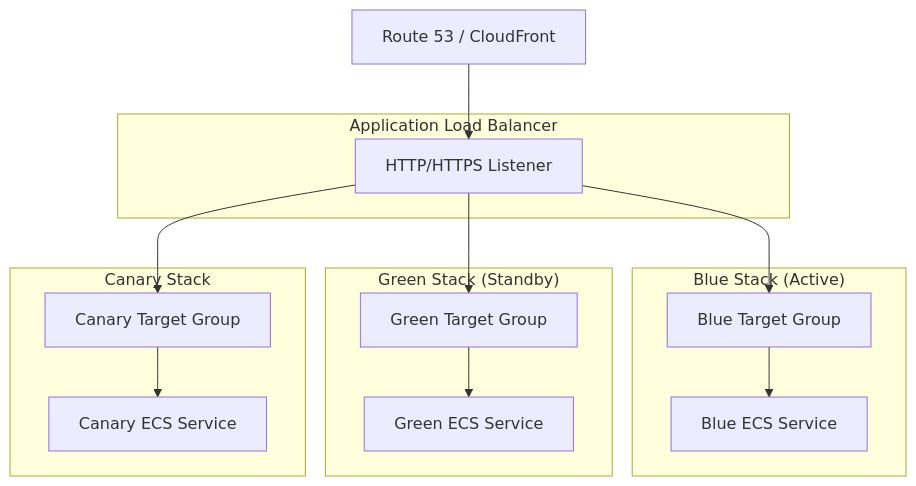
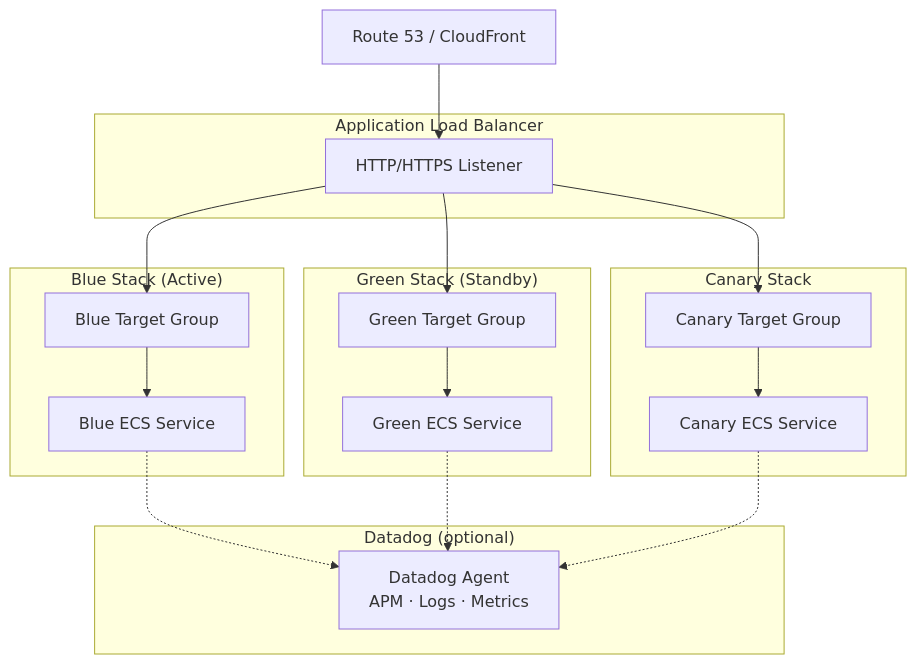
The third of 4 diagrams in docs/DEPLOYMENT.md (hoangsonww/PetSwipe-Match-App), drawn with Mermaid before and after one commit. The commit also changed other lines of this file and 22 other files, not shown here.

Commit message:
feat(datadog): integrate Datadog observability with APM, logging, and monitoring configurations

````diff
--- a/docs/DEPLOYMENT.md
+++ b/docs/DEPLOYMENT.md
@@ -131,32 +132,40 @@
 ```mermaid
 flowchart TB
     Edge["Route 53 / CloudFront"]
 
     subgraph ALB["Application Load Balancer"]
         Listener["HTTP/HTTPS Listener"]
     end
 
     subgraph Blue["Blue Stack (Active)"]
         BlueTG["Blue Target Group"]
         BlueECS["Blue ECS Service"]
     end
 
     subgraph Green["Green Stack (Standby)"]
         GreenTG["Green Target Group"]
         GreenECS["Green ECS Service"]
     end
 
     subgraph Canary["Canary Stack"]
         CanaryTG["Canary Target Group"]
         CanaryECS["Canary ECS Service"]
     end
 
+    subgraph Observability["Datadog (optional)"]
+        DDAgent["Datadog Agent<br/>APM · Logs · Metrics"]
+    end
+
     Edge --> Listener
     Listener --> BlueTG
     Listener --> GreenTG
     Listener --> CanaryTG
 
     BlueTG --> BlueECS
     GreenTG --> GreenECS
     CanaryTG --> CanaryECS
+
+    BlueECS -.-> DDAgent
+    GreenECS -.-> DDAgent
+    CanaryECS -.-> DDAgent
 ```
````
